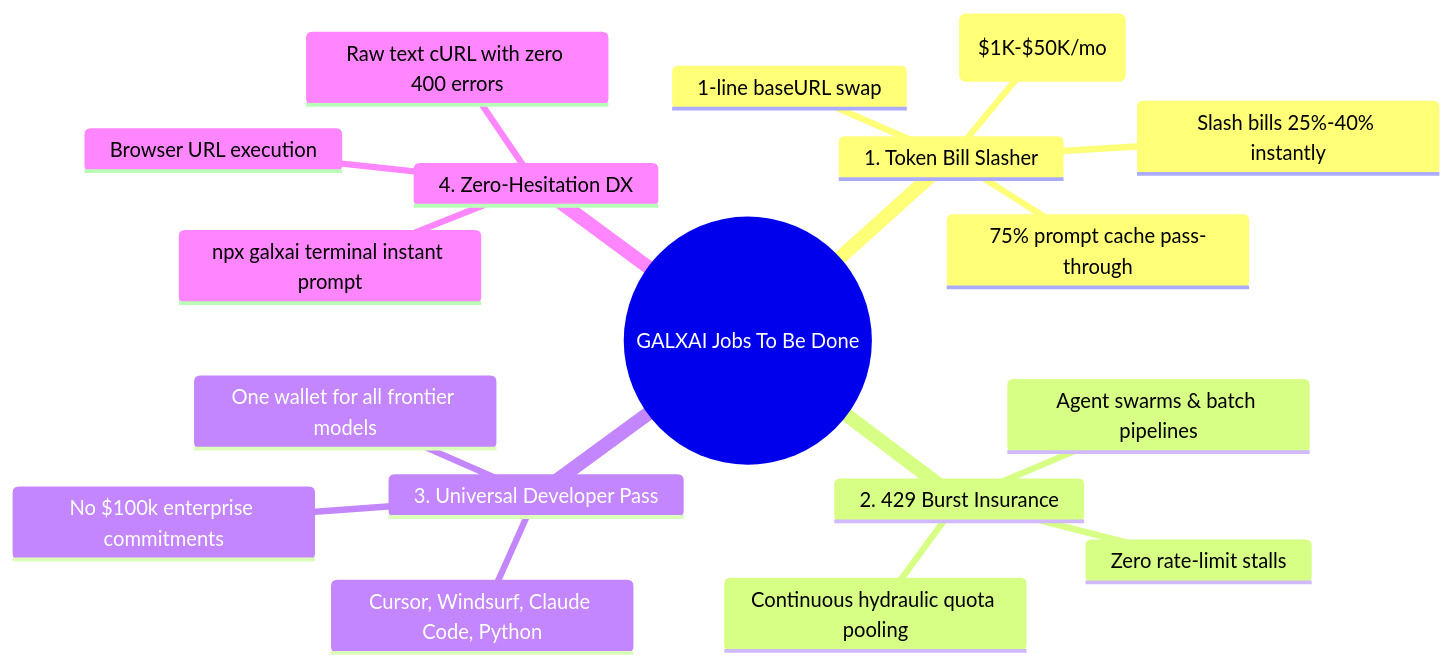
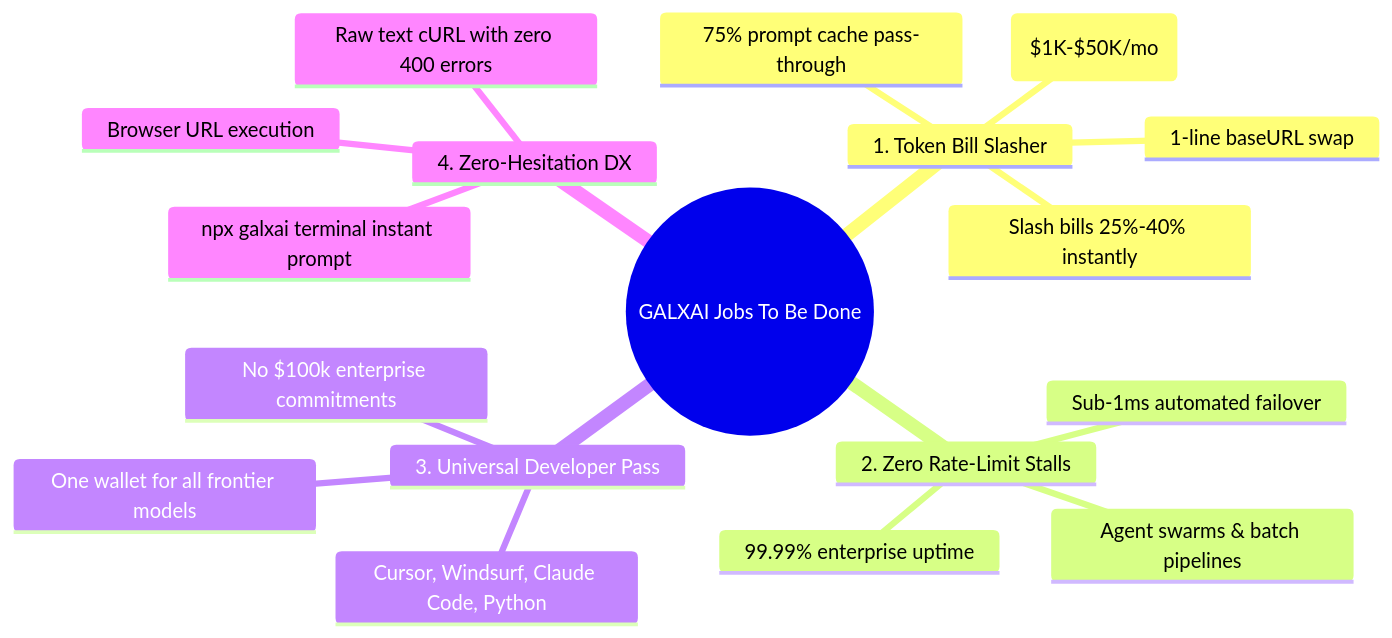
Before and after one commit to CardSorting/GALXAI: the first of 2 diagrams in docs/GTM_STRATEGY.md, drawn with Mermaid. The commit also changed other lines of this file and 18 other files, not shown here.

````diff
--- a/docs/GTM_STRATEGY.md
+++ b/docs/GTM_STRATEGY.md
@@ -17,21 +17,21 @@
 ```mermaid
 mindmap
   root((GALXAI Jobs To Be Done))
     1. Token Bill Slasher
       High monthly token burn ($1K-$50K/mo)
       Slash bills 25%-40% instantly
       75% prompt cache pass-through
       1-line baseURL swap
-    2. 429 Burst Insurance
+    2. Zero Rate-Limit Stalls
       Agent swarms & batch pipelines
-      Continuous hydraulic quota pooling
-      Zero rate-limit stalls
+      Sub-1ms automated failover
+      99.99% enterprise uptime
     3. Universal Developer Pass
       Cursor, Windsurf, Claude Code, Python
       One wallet for all frontier models
       No $100k enterprise commitments
     4. Zero-Hesitation DX
       npx galxai terminal instant prompt
       Browser URL execution
       Raw text cURL with zero 400 errors
 ```
````
